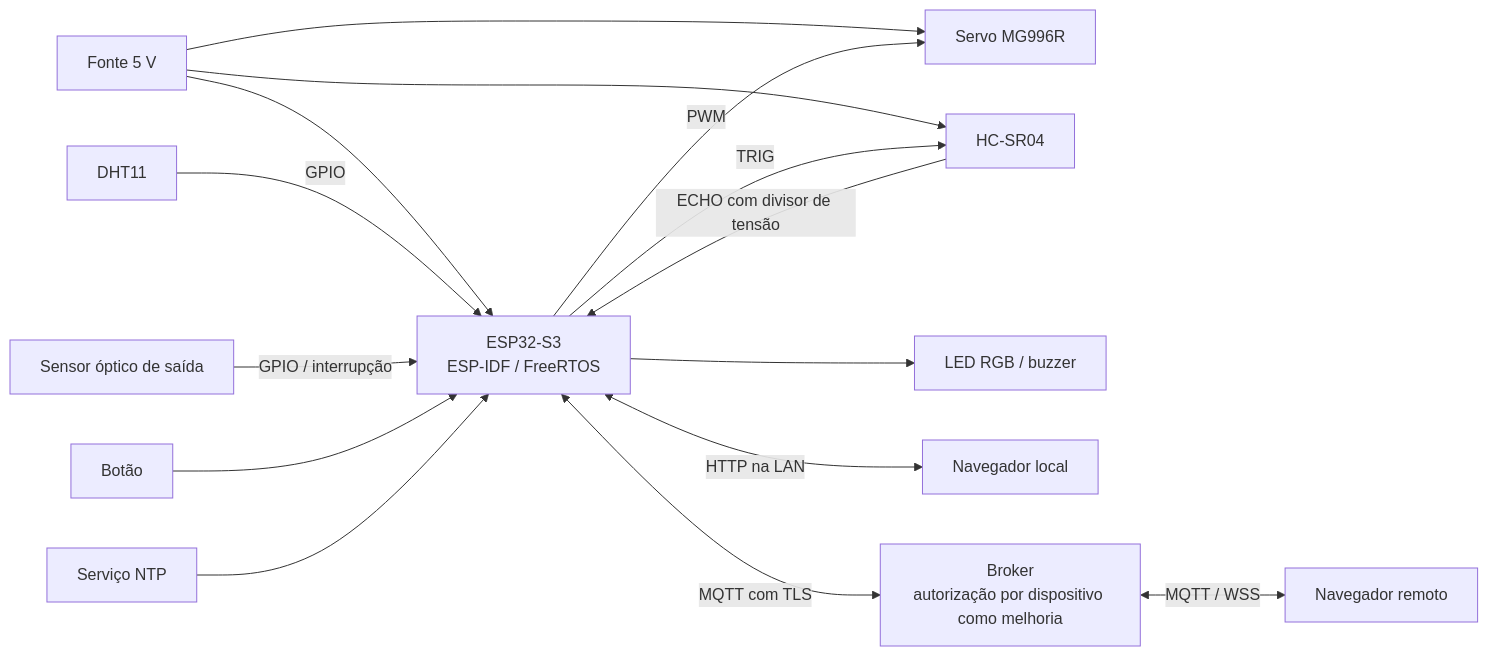
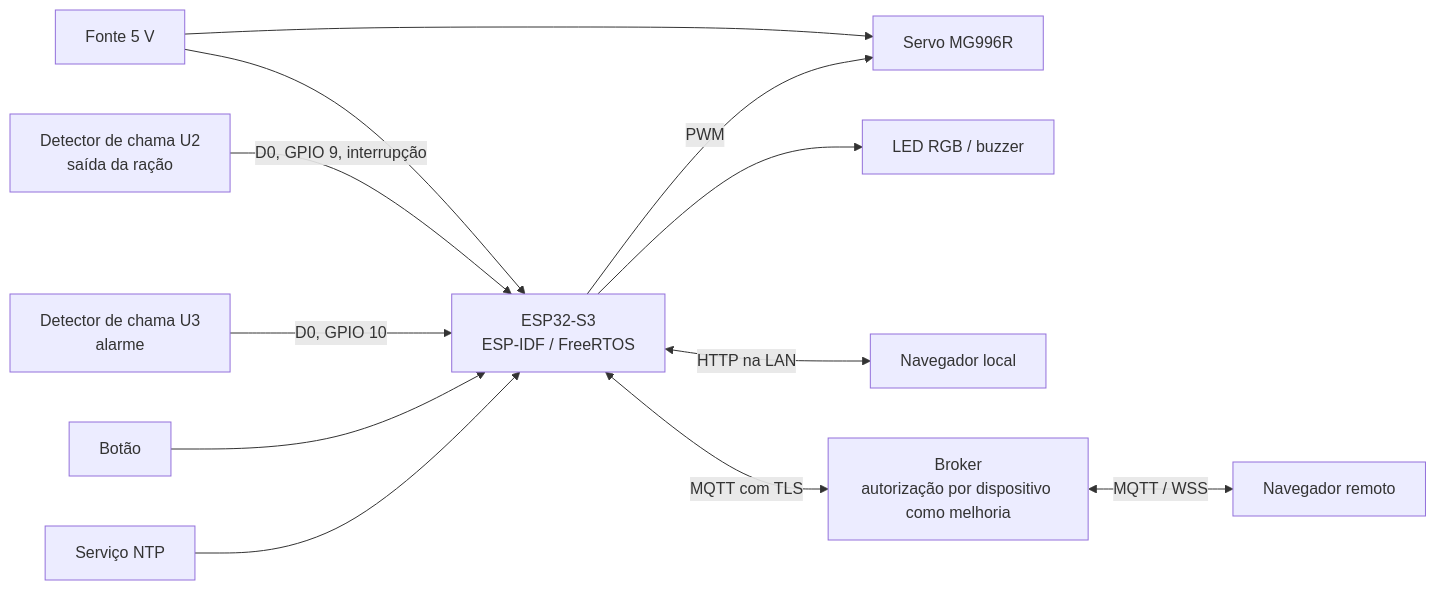
The first of 2 diagrams in petlibro-air/proposta.md (arthurlleite/lulu-alimentador), drawn with Mermaid before and after one commit. The commit also changed other lines of this file and 4 other files, not shown here.

````diff
--- a/petlibro-air/proposta.md
+++ b/petlibro-air/proposta.md
@@ -42,17 +59,14 @@
 ```mermaid
 flowchart LR
     FONTE["Fonte 5 V"] --> ESP["ESP32-S3<br/>ESP-IDF / FreeRTOS"]
     FONTE --> SERVO["Servo MG996R"]
-    FONTE --> US["HC-SR04"]
-    US -->|"ECHO com divisor de tensão"| ESP
-    ESP -->|"TRIG"| US
-    DHT["DHT11"] -->|"GPIO"| ESP
-    IR["Sensor óptico de saída"] -->|"GPIO / interrupção"| ESP
+    IR["Detector de chama U2<br/>saída da ração"] -->|"D0, GPIO 9, interrupção"| ESP
+    FOGO["Detector de chama U3<br/>alarme"] -->|"D0, GPIO 10"| ESP
     BTN["Botão"] --> ESP
     ESP -->|"PWM"| SERVO
     ESP --> AVISOS["LED RGB / buzzer"]
     ESP <-->|"HTTP na LAN"| LOCAL["Navegador local"]
     ESP <-->|"MQTT com TLS"| BROKER["Broker<br/>autorização por dispositivo como melhoria"]
     BROKER <-->|"MQTT / WSS"| REMOTO["Navegador remoto"]
     NTP["Serviço NTP"] --> ESP
 ```
````
